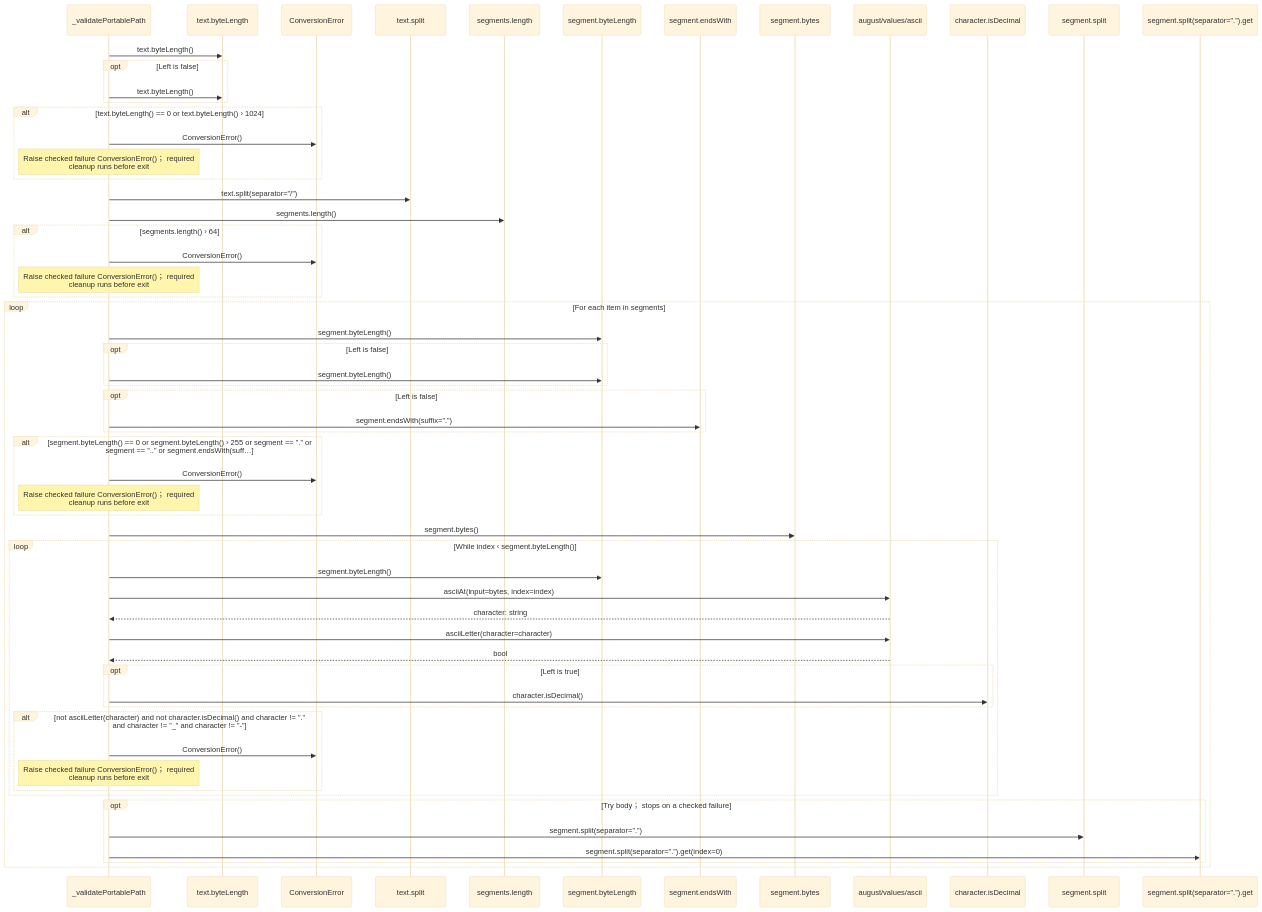
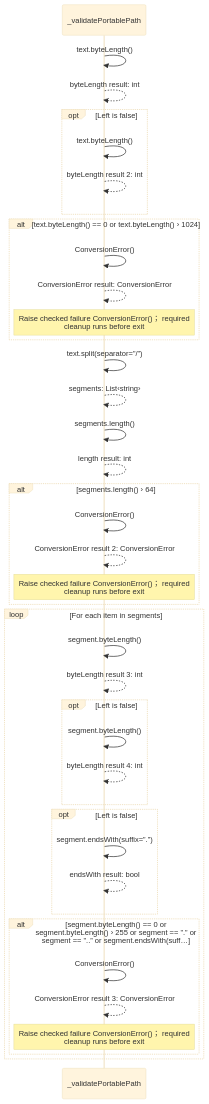
Before and after one commit to GreenPandaStudios/augscript: the fifth of 7 diagrams in src/stdlib/values/paths.aug.diagrams.md, drawn with Mermaid (base theme). The commit also changed other lines of this file and 304 other files, not shown here.

Commit message:
Make generated data-flow sequences concise and review every diagram

````diff
--- a/src/stdlib/values/paths.aug.diagrams.md
+++ b/src/stdlib/values/paths.aug.diagrams.md
@@ -114,61 +90,42 @@
 ```mermaid
 sequenceDiagram
     participant p0 as _validatePortablePath
-    participant p1 as text.byteLength
-    participant p2 as ConversionError
-    participant p3 as text.split
-    participant p4 as segments.length
-    participant p5 as segment.byteLength
-    participant p6 as segment.endsWith
-    participant p7 as segment.bytes
-    participant p8 as august/values/ascii
-    participant p9 as character.isDecimal
-    participant p10 as segment.split
-    participant p11 as segment.split(separator=”.”).get
-    p0->>p1: text.byteLength()
+
+    p0->>p0: text.byteLength()
+    p0-->>p0: byteLength result: int
     opt Left is false
-    p0->>p1: text.byteLength()
+    p0->>p0: text.byteLength()
+    p0-->>p0: byteLength result 2: int
     end
     alt text.byteLength() == 0 or text.byteLength() › 1024
-    p0->>p2: ConversionError()
+    p0->>p0: ConversionError()
+    p0-->>p0: ConversionError result: ConversionError
     Note over p0: Raise checked failure ConversionError()； required<br/>cleanup runs before exit
     end
-    p0->>p3: text.split(separator=”/”)
-    p0->>p4: segments.length()
+    p0->>p0: text.split(separator=”/”)
+    p0-->>p0: segments: List‹string›
+    p0->>p0: segments.length()
+    p0-->>p0: length result: int
     alt segments.length() › 64
-    p0->>p2: ConversionError()
+    p0->>p0: ConversionError()
+    p0-->>p0: ConversionError result 2: ConversionError
     Note over p0: Raise checked failure ConversionError()； required<br/>cleanup runs before exit
     end
     loop For each item in segments
-    p0->>p5: segment.byteLength()
+    p0->>p0: segment.byteLength()
+    p0-->>p0: byteLength result 3: int
     opt Left is false
-    p0->>p5: segment.byteLength()
+    p0->>p0: segment.byteLength()
+    p0-->>p0: byteLength result 4: int
     end
     opt Left is false
-    p0->>p6: segment.endsWith(suffix=”.”)
+    p0->>p0: segment.endsWith(suffix=”.”)
+    p0-->>p0: endsWith result: bool
     end
     alt segment.byteLength() == 0 or segment.byteLength() › 255 or segment == ”.” or segment == ”..” or segment.endsWith(suff…
-    p0->>p2: ConversionError()
-    Note over p0: Raise checked failure ConversionError()； required<br/>cleanup runs before exit
-    end
-    p0->>p7: segment.bytes()
-    loop While index ‹ segment.byteLength()
-    p0->>p5: segment.byteLength()
-    p0->>p8: asciiAt(input=bytes, index=index)
-    p8-->>p0: character: string
-    p0->>p8: asciiLetter(character=character)
-    p8-->>p0: bool
-    opt Left is true
-    p0->>p9: character.isDecimal()
-    end
-    alt not asciiLetter(character) and not character.isDecimal() and character != ”.” and character != ”_” and character != ”-”
-    p0->>p2: ConversionError()
+    p0->>p0: ConversionError()
+    p0-->>p0: ConversionError result 3: ConversionError
     Note over p0: Raise checked failure ConversionError()； required<br/>cleanup runs before exit
     end
     end
-    opt Try body； stops on a checked failure
-    p0->>p10: segment.split(separator=”.”)
-    p0->>p11: segment.split(separator=”.”).get(index=0)
-    end
-    end
 ```
````
